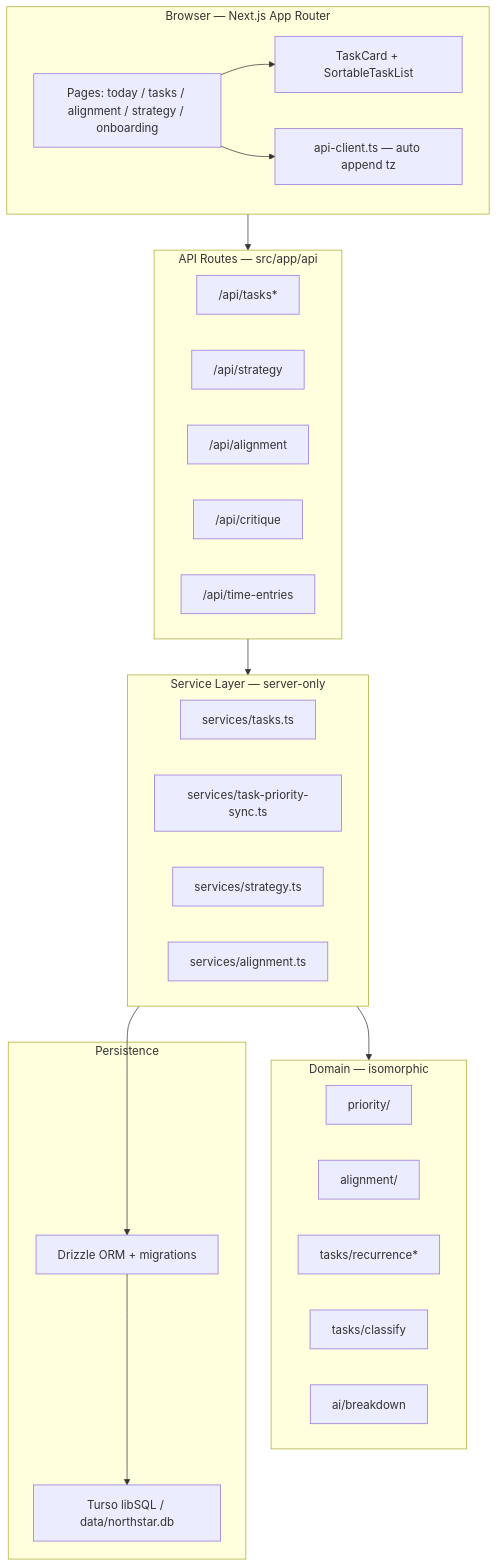
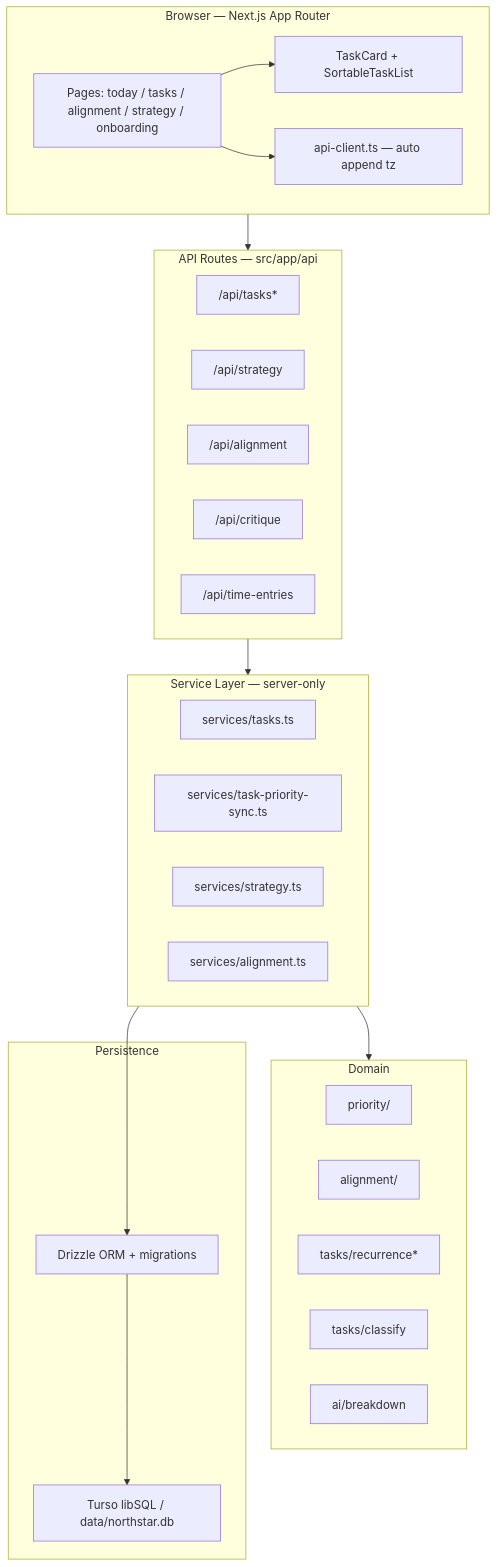
One commit to LiamYaoLian/northstar changed the first of 2 diagrams in design.md. Above: the diagram before and after it, drawn with Mermaid. The commit also changed other lines of this file and 21 other files, not shown here.

````diff
--- a/design.md
+++ b/design.md
@@ -38,44 +37,44 @@
 ```mermaid
 flowchart TB
   subgraph client [Browser — Next.js App Router]
     pages["Pages: today / tasks / alignment / strategy / onboarding"]
     taskCard["TaskCard + SortableTaskList"]
     apiClient["api-client.ts — auto append tz"]
     pages --> taskCard
     pages --> apiClient
   end
 
   subgraph api [API Routes — src/app/api]
     tasksApi["/api/tasks*"]
     strategyApi["/api/strategy"]
     alignmentApi["/api/alignment"]
     critiqueApi["/api/critique"]
     timeApi["/api/time-entries"]
   end
 
   subgraph services [Service Layer — server-only]
     tasksSvc["services/tasks.ts"]
     prioritySvc["services/task-priority-sync.ts"]
     strategySvc["services/strategy.ts"]
     alignmentSvc["services/alignment.ts"]
   end
 
-  subgraph domain [Domain — isomorphic]
+  subgraph domain [Domain]
     priority["priority/"]
     alignment["alignment/"]
     recurrence["tasks/recurrence*"]
     classify["tasks/classify"]
     breakdown["ai/breakdown"]
   end
 
   subgraph db [Persistence]
     turso["Turso libSQL / data/northstar.db"]
     drizzle["Drizzle ORM + migrations"]
   end
 
   client --> api
   api --> services
   services --> domain
   services --> drizzle
   drizzle --> turso
 ```
````
